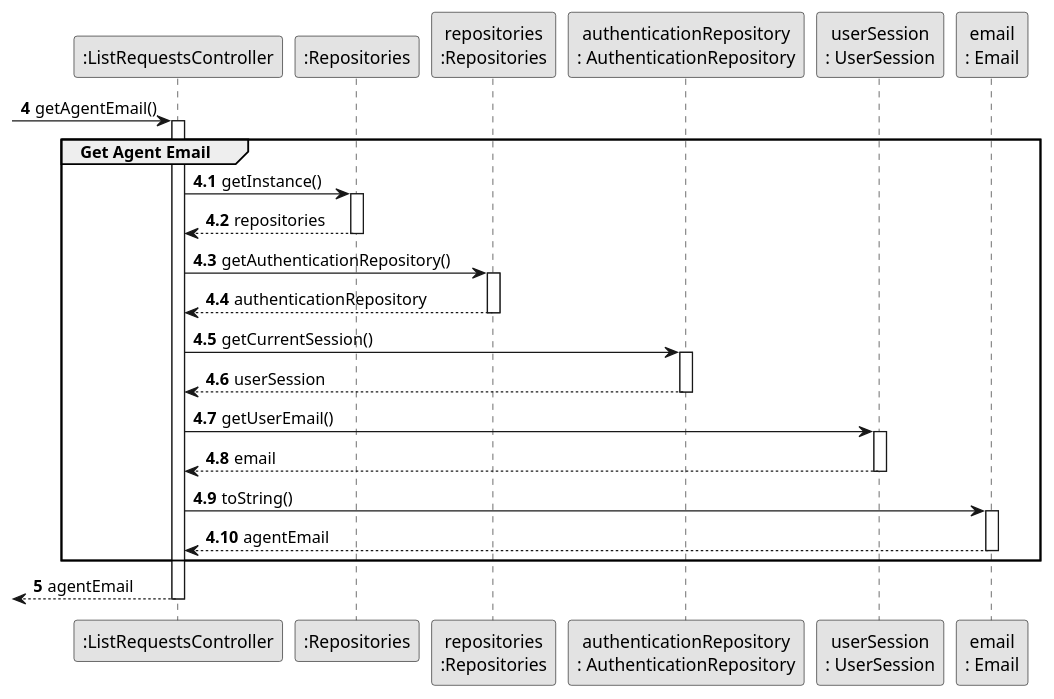
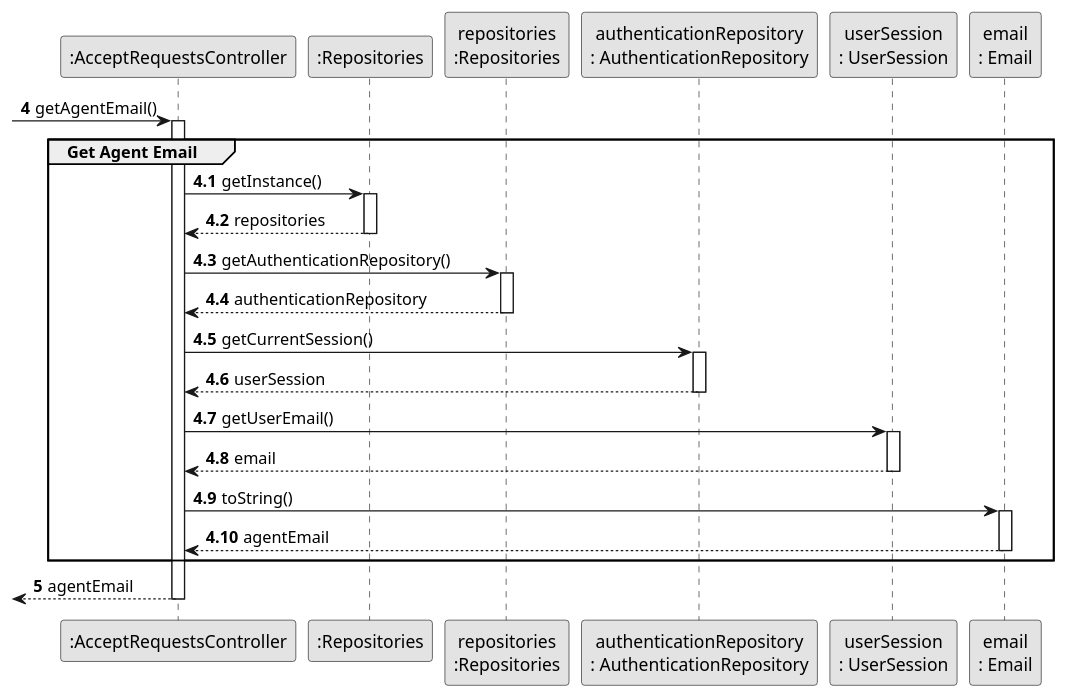
The diagram in docs/sprintD/us008/03.design/puml/us008-sequence-diagram-partial-get-agent-email.puml (rita-barbosa/LAPR2-2223), drawn with PlantUML before and after one commit. The commit also changed 15 other files, not shown here.

Commit message:
Update Sequence Diagram (all) & Class Diagram + SVG's [US008][Design]

```diff
--- a/docs/sprintD/us008/03.design/puml/us008-sequence-diagram-partial-get-agent-email.puml
+++ b/docs/sprintD/us008/03.design/puml/us008-sequence-diagram-partial-get-agent-email.puml
@@ -1,57 +1,57 @@
 @startuml
 skinparam monochrome true
 skinparam packageStyle rectangle
 skinparam shadowing false
 
 
-participant ":ListRequestsController" as CTRL
+participant ":AcceptRequestsController" as CTRL
 participant ":Repositories" as RepositorySingleton
 participant "repositories\n:Repositories" as PLAT
 participant "authenticationRepository\n: AuthenticationRepository" as AuthRep
 participant "userSession\n: UserSession" as UserSession
 participant "email\n: Email" as Email
 
 autonumber 4
     -> CTRL: getAgentEmail()
     activate CTRL
 
 group Get Agent Email
 
 autonumber 4.1
     CTRL -> RepositorySingleton : getInstance()
                     activate RepositorySingleton
 
                     RepositorySingleton --> CTRL : repositories
                     deactivate RepositorySingleton
 
                      CTRL -> PLAT : getAuthenticationRepository()
                      activate PLAT
 
                      PLAT --> CTRL : authenticationRepository
                      deactivate PLAT
 
                      CTRL -> AuthRep : getCurrentSession()
                      activate AuthRep
 
                      AuthRep --> CTRL : userSession
                      deactivate AuthRep
 
                      CTRL -> UserSession : getUserEmail()
                      activate UserSession
 
                      UserSession --> CTRL : email
                      deactivate UserSession
 
                     CTRL -> Email : toString()
                     activate Email
 
                     Email --> CTRL : agentEmail
                     deactivate Email
 
 end group
 autonumber 5
      <-- CTRL: agentEmail
      deactivate CTRL
 
 
 @enduml
```
